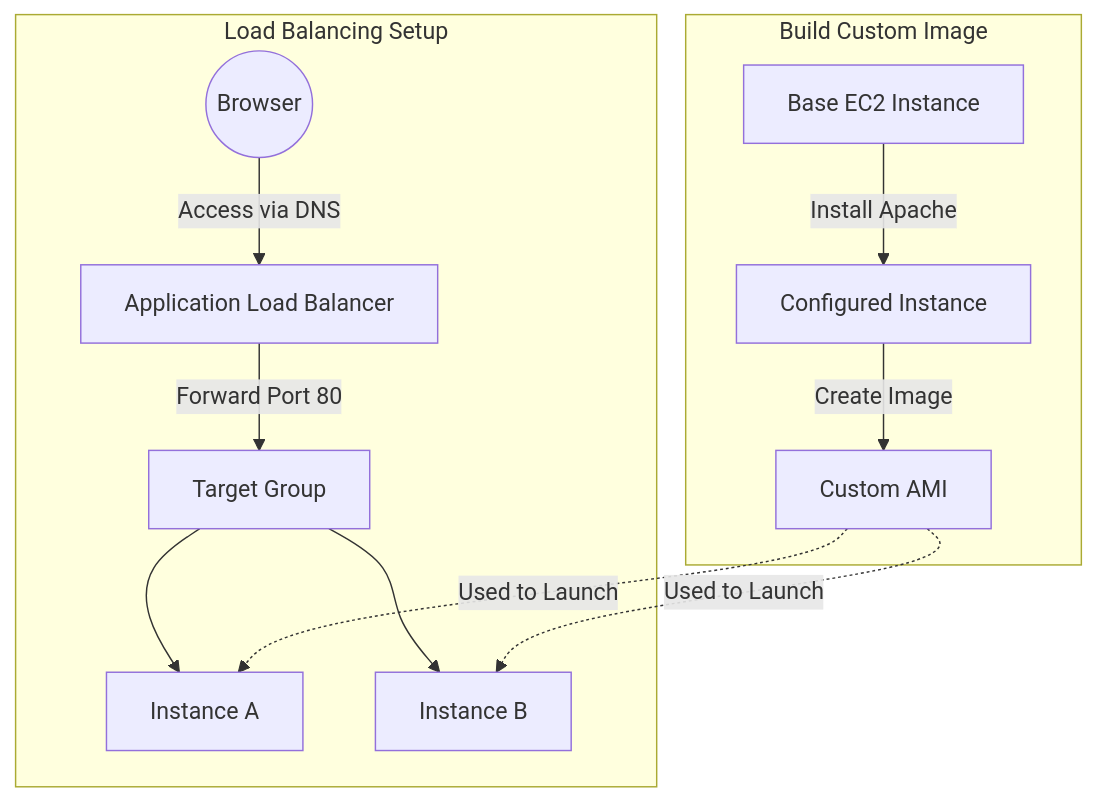
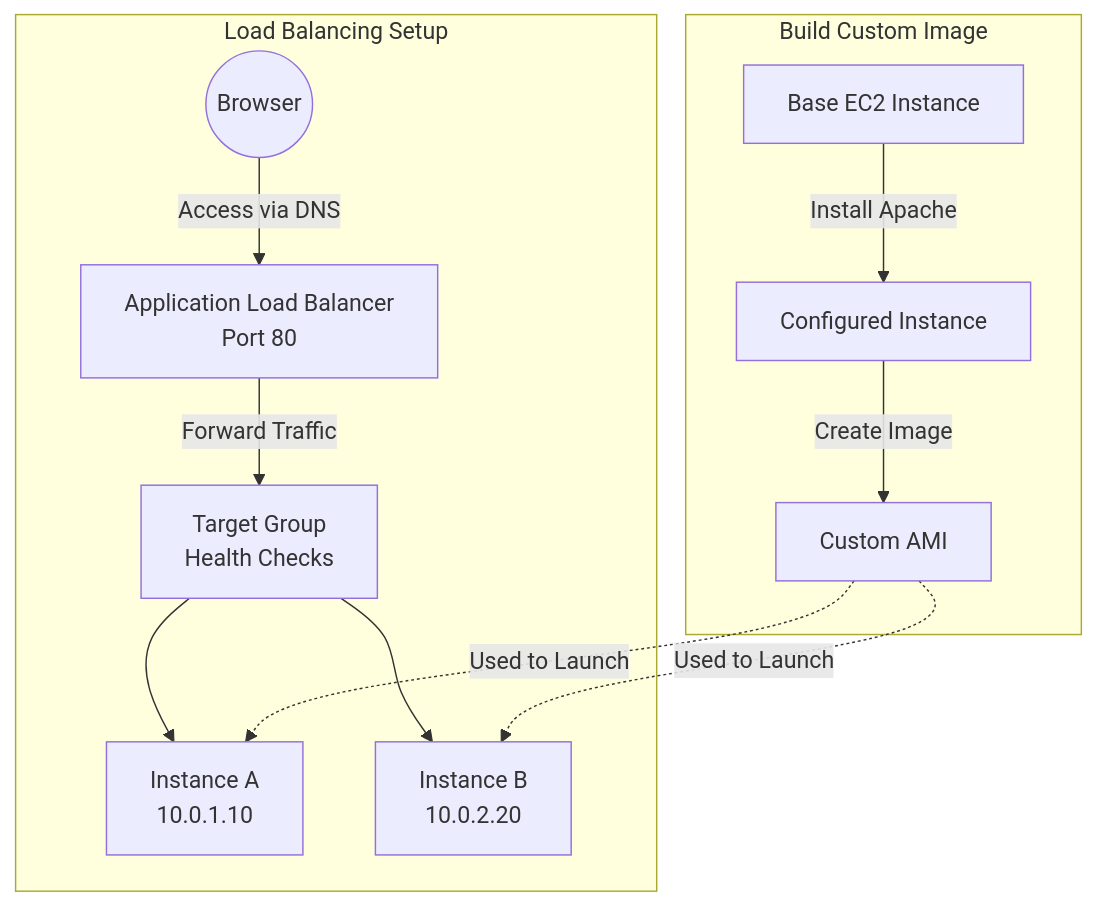
One commit to sujith-eag/sujith-library changed the diagram in docs/dev-cloud/cloud_lab/5_Load_Balancing/lab_12.md. Above: the diagram before and after it, drawn with Mermaid. The commit also changed other lines of this file and 15 other files, not shown here.

First line of the commit message:
Refactor Load-Balanced Web Application Lab Documentation

````diff
--- a/docs/dev-cloud/cloud_lab/5_Load_Balancing/lab_12.md
+++ b/docs/dev-cloud/cloud_lab/5_Load_Balancing/lab_12.md
@@ -9,22 +43,26 @@
 ```mermaid
 flowchart TD
     subgraph Build [Build Custom Image]
         Base[Base EC2 Instance] -->|Install Apache| Config[Configured Instance]
         Config -->|Create Image| AMI[Custom AMI]
     end
 
     subgraph Deploy [Load Balancing Setup]
         User((Browser))
-        LB[Application Load Balancer]
-        TG[Target Group]
+        LB[Application Load Balancer
+            Port 80]
+        TG[Target Group
+            Health Checks]
         
         User -->|Access via DNS| LB
-        LB -->|Forward Port 80| TG
+        LB -->|Forward Traffic| TG
         
-        TG --> Inst1[Instance A]
-        TG --> Inst2[Instance B]
+        TG --> Inst1[Instance A
+                    10.0.1.10]
+        TG --> Inst2[Instance B
+                    10.0.2.20]
         
         AMI -.->|Used to Launch| Inst1
         AMI -.->|Used to Launch| Inst2
     end
 ```
````
